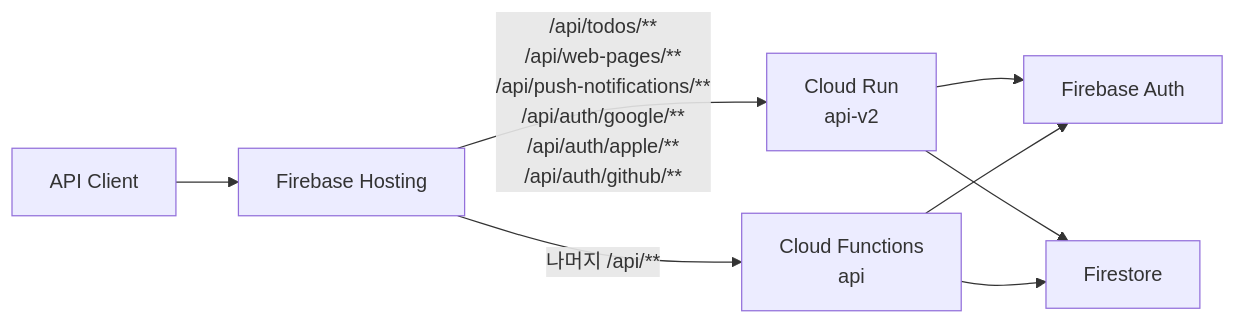
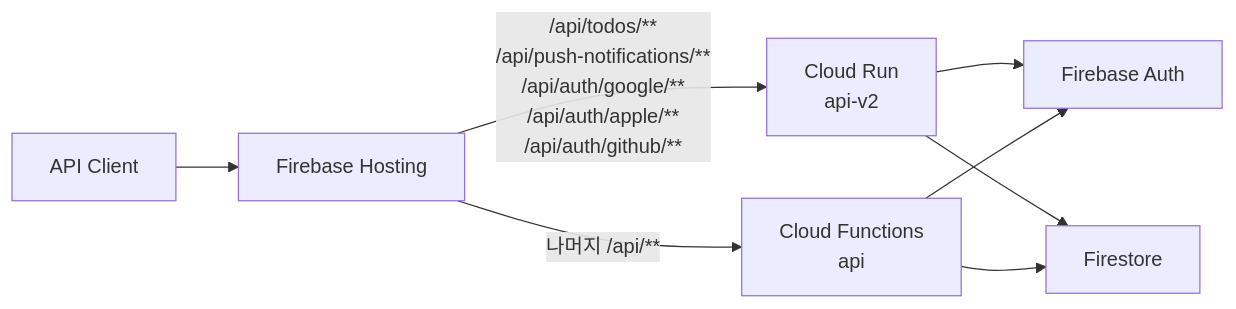
One commit to DevLog-Labs/Firebase changed the diagram in README.md. Above: the diagram before and after it, drawn with Mermaid. The commit also changed other lines of this file and 26 other files, not shown here.

````diff
--- a/README.md
+++ b/README.md
@@ -17,10 +17,10 @@
 ```mermaid
 flowchart LR
 	Client["API Client"] --> Hosting["Firebase Hosting"]
-	Hosting -->|"/api/todos/**<br/>/api/web-pages/**<br/>/api/push-notifications/**<br/>/api/auth/google/**<br/>/api/auth/apple/**<br/>/api/auth/github/**"| CloudRun["Cloud Run<br/>api-v2"]
+	Hosting -->|"/api/todos/**<br/>/api/push-notifications/**<br/>/api/auth/google/**<br/>/api/auth/apple/**<br/>/api/auth/github/**"| CloudRun["Cloud Run<br/>api-v2"]
 	Hosting -->|"나머지 /api/**"| Functions["Cloud Functions<br/>api"]
 	CloudRun --> Auth["Firebase Auth"]
 	Functions --> Auth
 	CloudRun --> Firestore["Firestore"]
 	Functions --> Firestore
 ```
````
